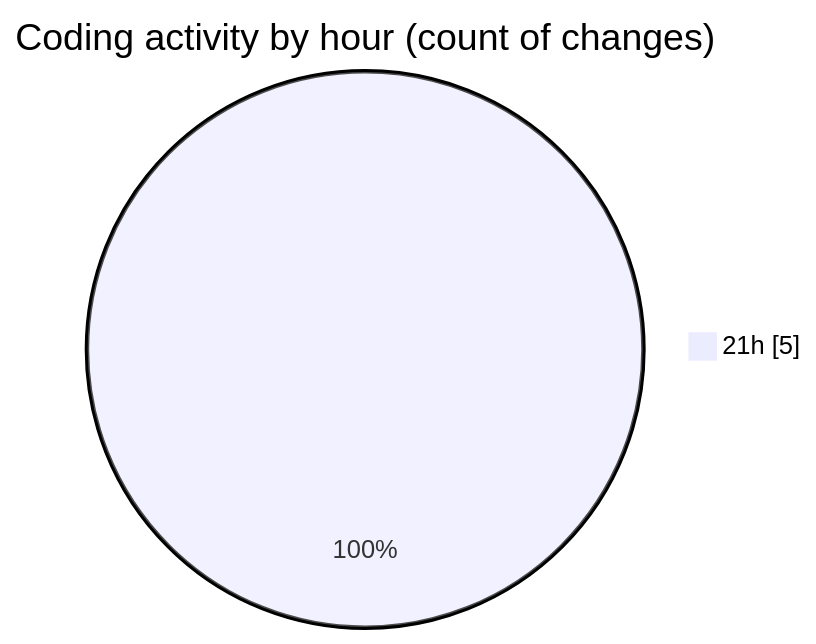
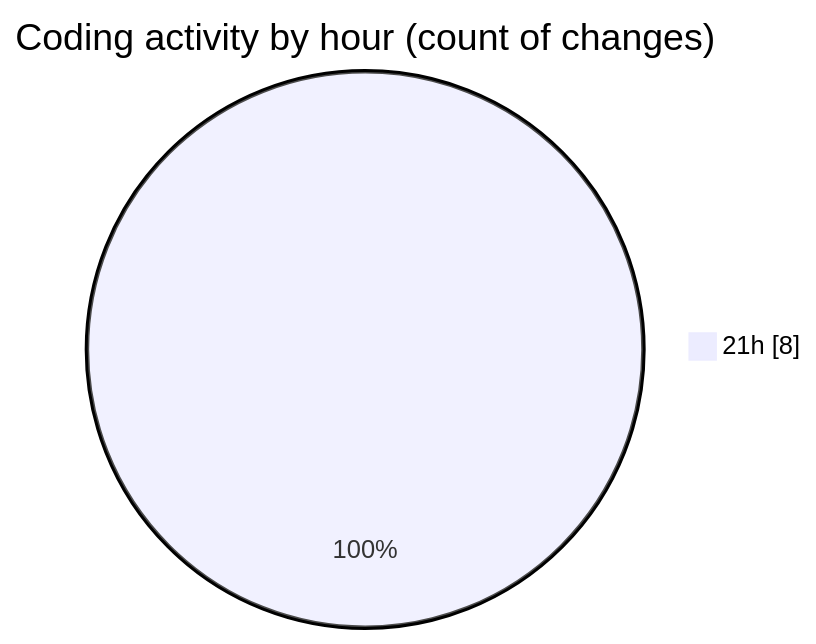
Before and after one commit to momahboobian/code-tracking: the second of 2 diagrams in 2025-06-25/samplepdf/README.md, drawn with Mermaid. The commit also changed other lines of this file and 1 other file, not shown here.

````diff
--- a/2025-06-25/samplepdf/README.md
+++ b/2025-06-25/samplepdf/README.md
@@ -29,5 +30,5 @@
 ```mermaid
 pie showData
 title Coding activity by hour (count of changes)
-"21h" : 5
+"21h" : 8
 ```
````
